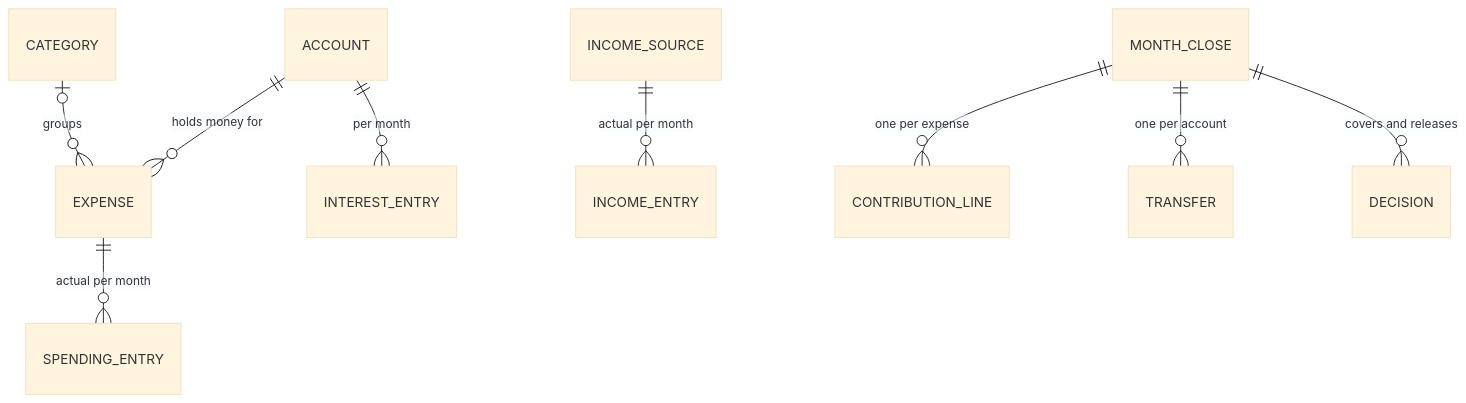
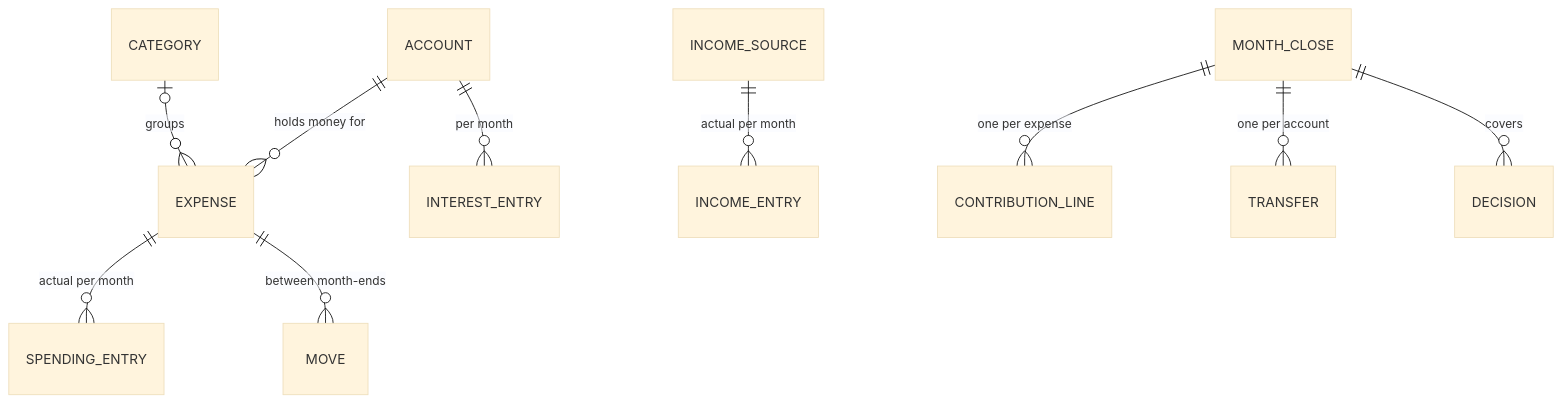
The second of 2 diagrams in docs/design.md (simonrydder/budget-manager), drawn with Mermaid (base theme) before and after one commit. The commit also changed other lines of this file and 26 other files, not shown here.

````diff
--- a/docs/design.md
+++ b/docs/design.md
@@ -112,11 +118,12 @@
 ```mermaid
 erDiagram
   ACCOUNT ||--o{ EXPENSE : "holds money for"
   CATEGORY |o--o{ EXPENSE : groups
   EXPENSE ||--o{ SPENDING_ENTRY : "actual per month"
   INCOME_SOURCE ||--o{ INCOME_ENTRY : "actual per month"
   ACCOUNT ||--o{ INTEREST_ENTRY : "per month"
   MONTH_CLOSE ||--o{ CONTRIBUTION_LINE : "one per expense"
   MONTH_CLOSE ||--o{ TRANSFER : "one per account"
-  MONTH_CLOSE ||--o{ DECISION : "covers and releases"
+  MONTH_CLOSE ||--o{ DECISION : covers
+  EXPENSE ||--o{ MOVE : "between month-ends"
 ```
````
